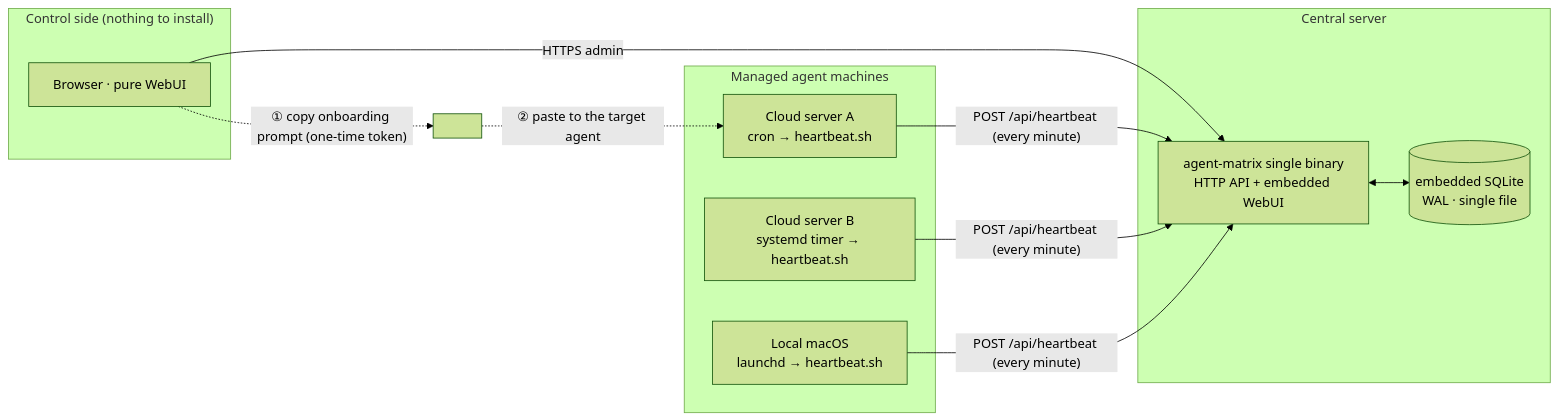
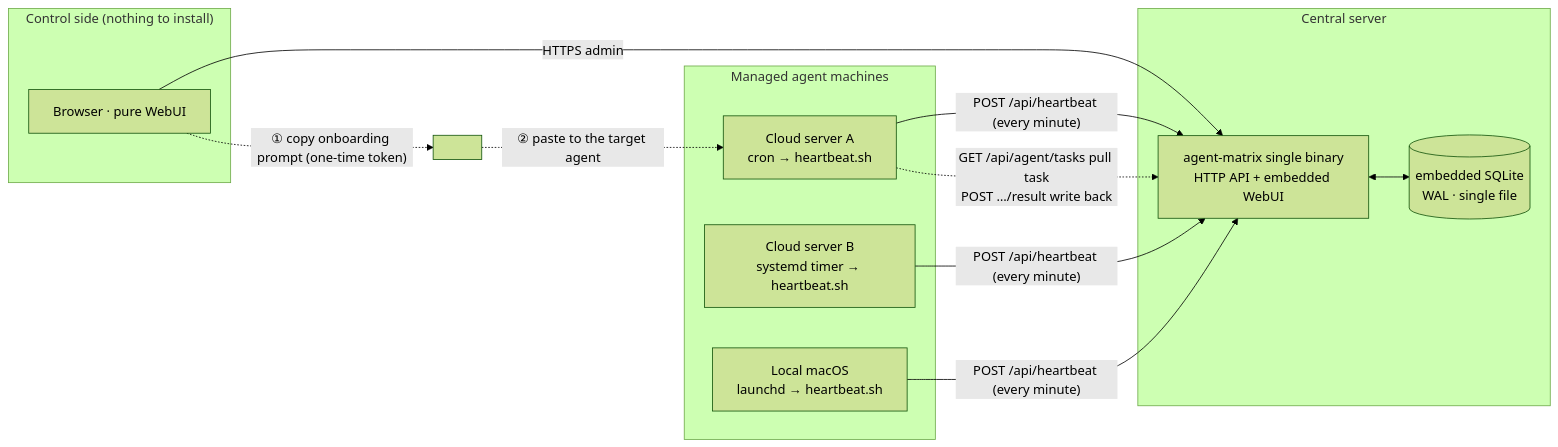
One commit to HankGuo/agent-matrix changed the first of 5 diagrams in README.en.md. Above: the diagram before and after it, drawn with Mermaid (forest theme). The commit also changed other lines of this file and 10 other files, not shown here.

First line of the commit message:
Add plain-text task dispatch with agent pull & result write-back (v0.4.0)

````diff
--- a/README.en.md
+++ b/README.en.md
@@ -11,25 +11,26 @@
 ```mermaid
 flowchart LR
     subgraph client["Control side (nothing to install)"]
         B["Browser · pure WebUI"]
     end
 
     subgraph Central server
         S["agent-matrix single binary<br/>HTTP API + embedded WebUI"]
         DB[("embedded SQLite<br/>WAL · single file")]
         S <--> DB
     end
 
     subgraph Managed agent machines
         G1["Cloud server A<br/>cron → heartbeat.sh"]
         G2["Cloud server B<br/>systemd timer → heartbeat.sh"]
         G3["Local macOS<br/>launchd → heartbeat.sh"]
     end
 
     B -->|"HTTPS admin"| S
     G1 -->|"POST /api/heartbeat (every minute)"| S
     G2 -->|"POST /api/heartbeat (every minute)"| S
     G3 -->|"POST /api/heartbeat (every minute)"| S
+    G1 -.->|"GET /api/agent/tasks pull task<br/>POST …/result write back"| S
     B -.->|"① copy onboarding prompt (one-time token)"| P[" "]
     P -.->|"② paste to the target agent"| G1
 ```
````
